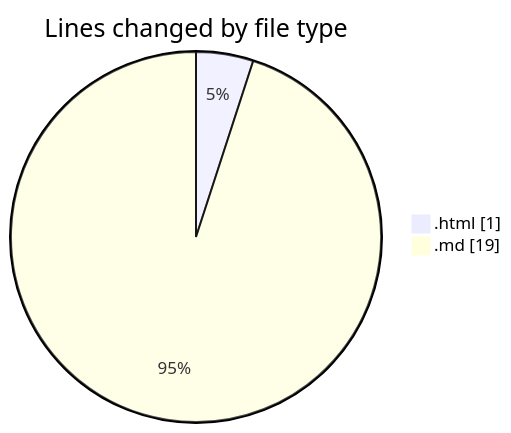
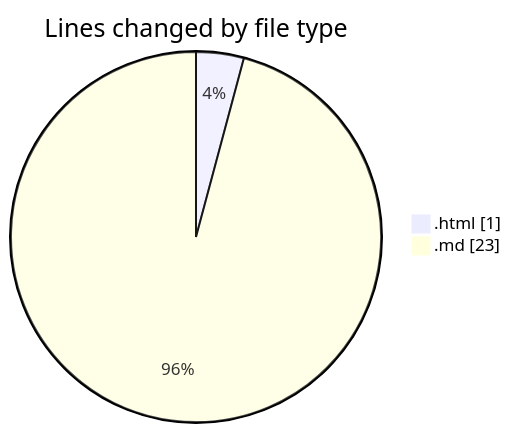
One commit to Ritupan-Deka/code-tracking changed the first of 2 diagrams in 2025-07-08/urlwebwala_intership_work/README.md. Above: the diagram before and after it, drawn with Mermaid. The commit also changed other lines of this file and 1 other file, not shown here.

````diff
--- a/2025-07-08/urlwebwala_intership_work/README.md
+++ b/2025-07-08/urlwebwala_intership_work/README.md
@@ -21,6 +21,6 @@
 ```mermaid
 pie showData
 title Lines changed by file type
 ".html" : 1
-".md" : 19
+".md" : 23
 ```
````
